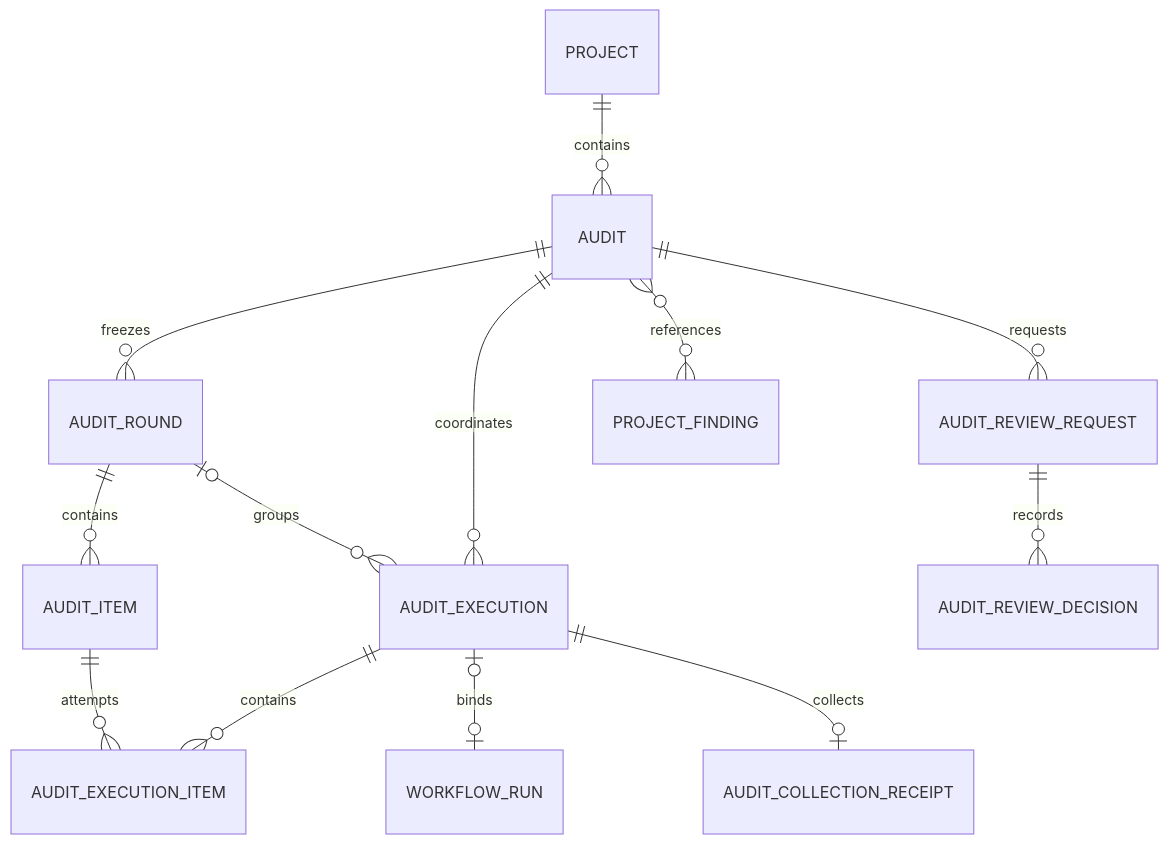
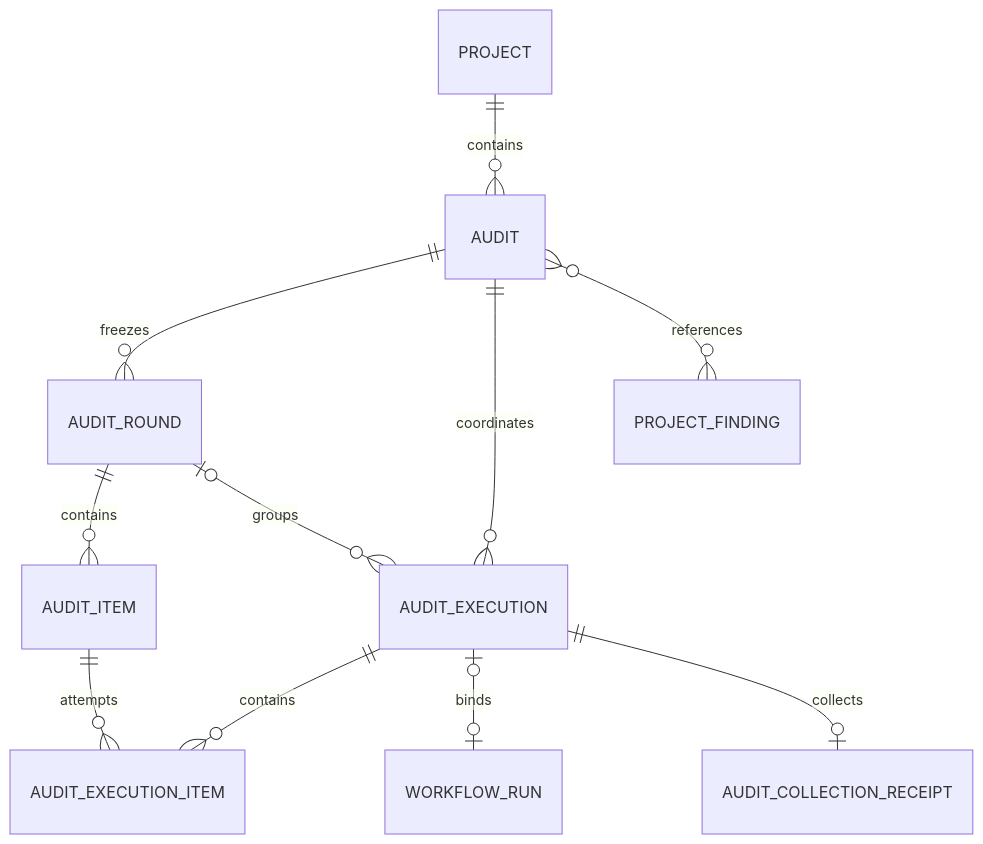
Before and after one commit to grauwolf32/contractor: the second of 5 diagrams in docs/spec/audits/audits.md, drawn with Mermaid. The commit also changed other lines of this file and 237 other files, not shown here.

````diff
--- a/docs/spec/audits/audits.md
+++ b/docs/spec/audits/audits.md
@@ -191,15 +191,13 @@
 ```mermaid
 erDiagram
   PROJECT ||--o{ AUDIT : contains
   AUDIT ||--o{ AUDIT_ROUND : freezes
   AUDIT_ROUND ||--o{ AUDIT_ITEM : contains
   AUDIT ||--o{ AUDIT_EXECUTION : coordinates
   AUDIT_ROUND o|--o{ AUDIT_EXECUTION : groups
   AUDIT_EXECUTION ||--o{ AUDIT_EXECUTION_ITEM : contains
   AUDIT_ITEM ||--o{ AUDIT_EXECUTION_ITEM : attempts
   AUDIT_EXECUTION o|--o| WORKFLOW_RUN : binds
   AUDIT_EXECUTION ||--o| AUDIT_COLLECTION_RECEIPT : collects
   AUDIT }o--o{ PROJECT_FINDING : references
-  AUDIT ||--o{ AUDIT_REVIEW_REQUEST : requests
-  AUDIT_REVIEW_REQUEST ||--o{ AUDIT_REVIEW_DECISION : records
 ```
````
